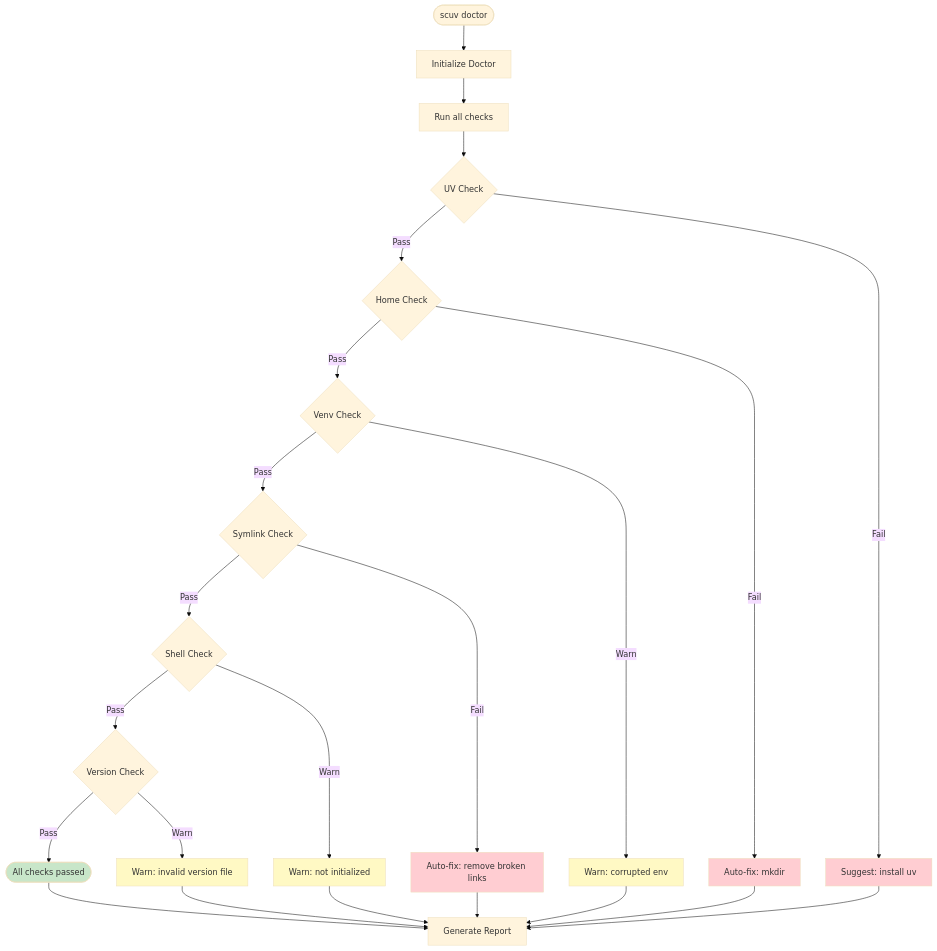
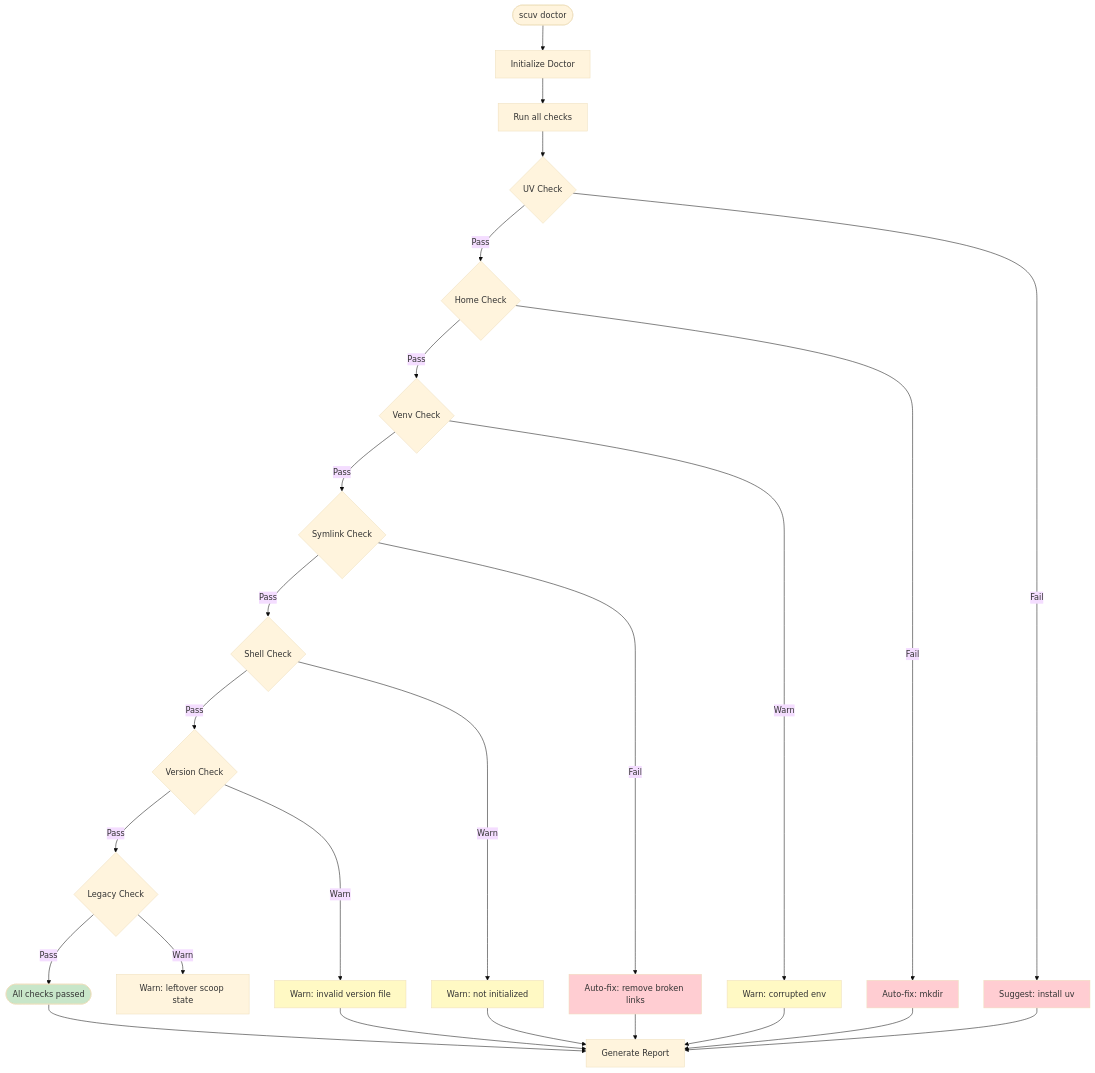
Before and after one commit to ai-screams/scoop-uv: the fifth of 6 diagrams in docs/src/development/architecture.md, drawn with Mermaid (base theme). The commit also changed other lines of this file and 9 other files, not shown here.

````diff
--- a/docs/src/development/architecture.md
+++ b/docs/src/development/architecture.md
@@ -236,40 +236,43 @@
 ```mermaid
 flowchart TD
     Start([scuv doctor]) --> Init[Initialize Doctor]
     Init --> Run[Run all checks]
 
     Run --> UV{UV Check}
     UV -->|Pass| Home{Home Check}
     UV -->|Fail| Fix1[Suggest: install uv]
 
     Home -->|Pass| Venv{Venv Check}
     Home -->|Fail| Fix2[Auto-fix: mkdir]
 
     Venv -->|Pass| Link{Symlink Check}
     Venv -->|Warn| Warn1[Warn: corrupted env]
 
     Link -->|Pass| Shell{Shell Check}
     Link -->|Fail| Fix3[Auto-fix: remove broken links]
 
     Shell -->|Pass| Ver{Version Check}
     Shell -->|Warn| Warn2[Warn: not initialized]
 
-    Ver -->|Pass| Done([All checks passed])
+    Ver -->|Pass| Legacy{Legacy Check}
     Ver -->|Warn| Warn3[Warn: invalid version file]
+
+    Legacy -->|Pass| Done([All checks passed])
+    Legacy -->|Warn| Warn4[Warn: leftover scoop state]
 
     Fix1 --> Report[Generate Report]
     Fix2 --> Report
     Fix3 --> Report
     Warn1 --> Report
     Warn2 --> Report
     Warn3 --> Report
     Done --> Report
 
     style Done fill:#c8e6c9
     style Fix1 fill:#ffcdd2
     style Fix2 fill:#ffcdd2
     style Fix3 fill:#ffcdd2
     style Warn1 fill:#fff9c4
     style Warn2 fill:#fff9c4
     style Warn3 fill:#fff9c4
 ```
````
